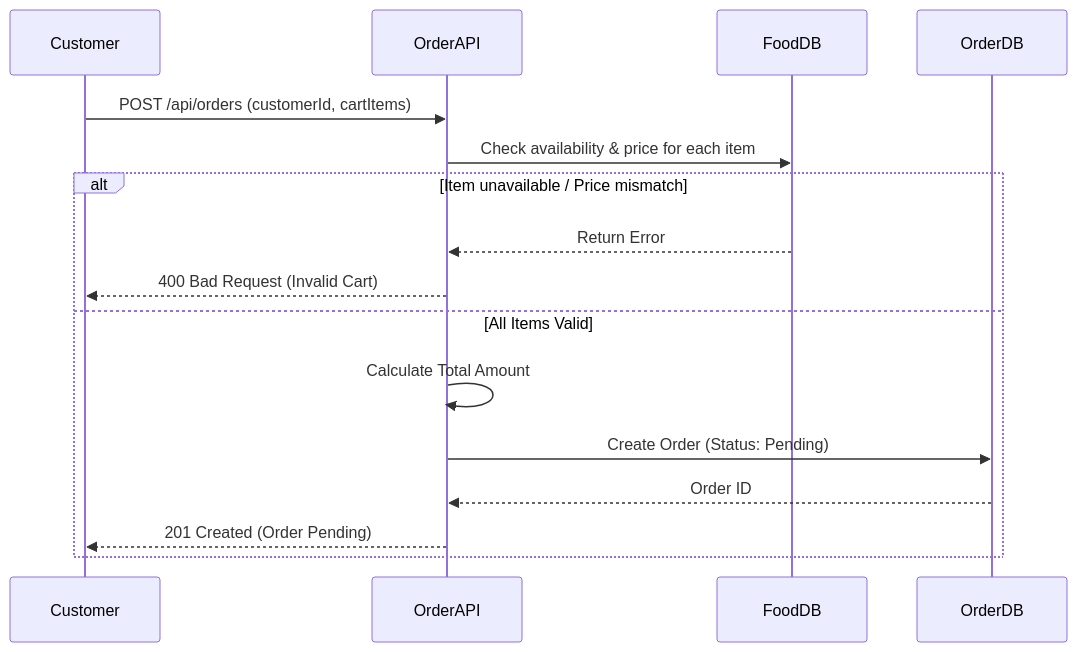
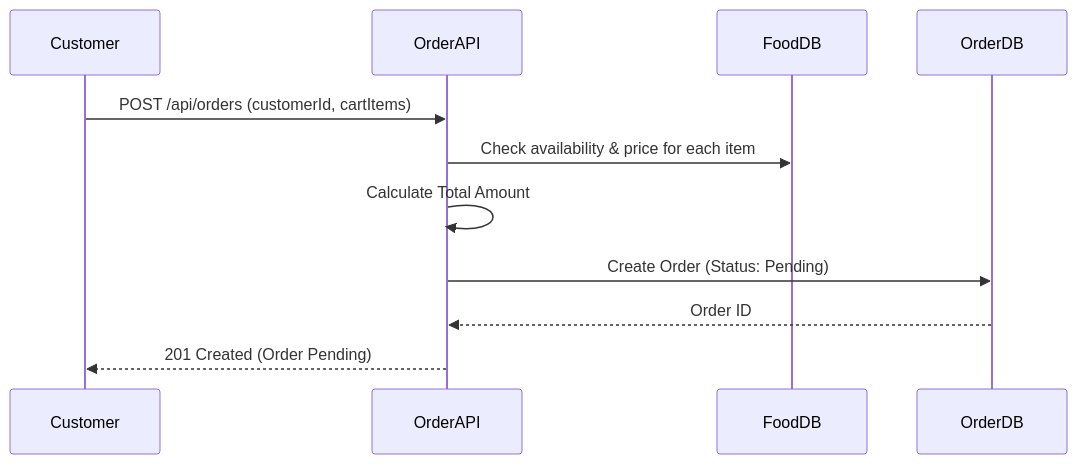
The second of 3 diagrams in README.md (noahdevelopsio/Chuks-Kitchen-Backend), drawn with Mermaid before and after one commit. The commit also changed other lines of this file and 3 other files, not shown here.

Commit message:
Update README: explicitly add requirement sections (Flow explanations & Data required)

````diff
--- a/README.md
+++ b/README.md
@@ -46,19 +57,14 @@
 ```mermaid
 sequenceDiagram
     participant Customer
     participant OrderAPI
     participant FoodDB
     participant OrderDB
 
     Customer->>OrderAPI: POST /api/orders (customerId, cartItems)
     OrderAPI->>FoodDB: Check availability & price for each item
-    alt Item unavailable / Price mismatch
-        FoodDB-->>OrderAPI: Return Error
-        OrderAPI-->>Customer: 400 Bad Request (Invalid Cart)
-    else All Items Valid
-        OrderAPI->>OrderAPI: Calculate Total Amount
-        OrderAPI->>OrderDB: Create Order (Status: Pending)
-        OrderDB-->>OrderAPI: Order ID
-        OrderAPI-->>Customer: 201 Created (Order Pending)
-    end
+    OrderAPI->>OrderAPI: Calculate Total Amount
+    OrderAPI->>OrderDB: Create Order (Status: Pending)
+    OrderDB-->>OrderAPI: Order ID
+    OrderAPI-->>Customer: 201 Created (Order Pending)
 ```
````
